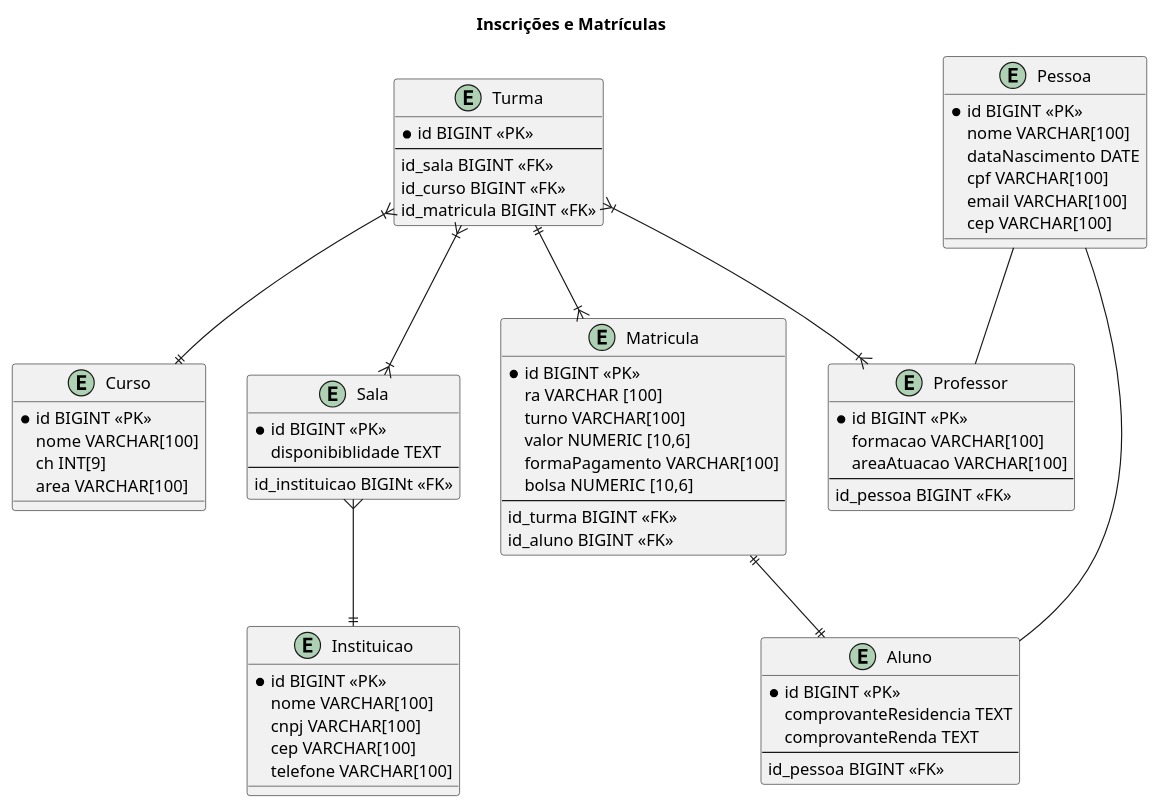
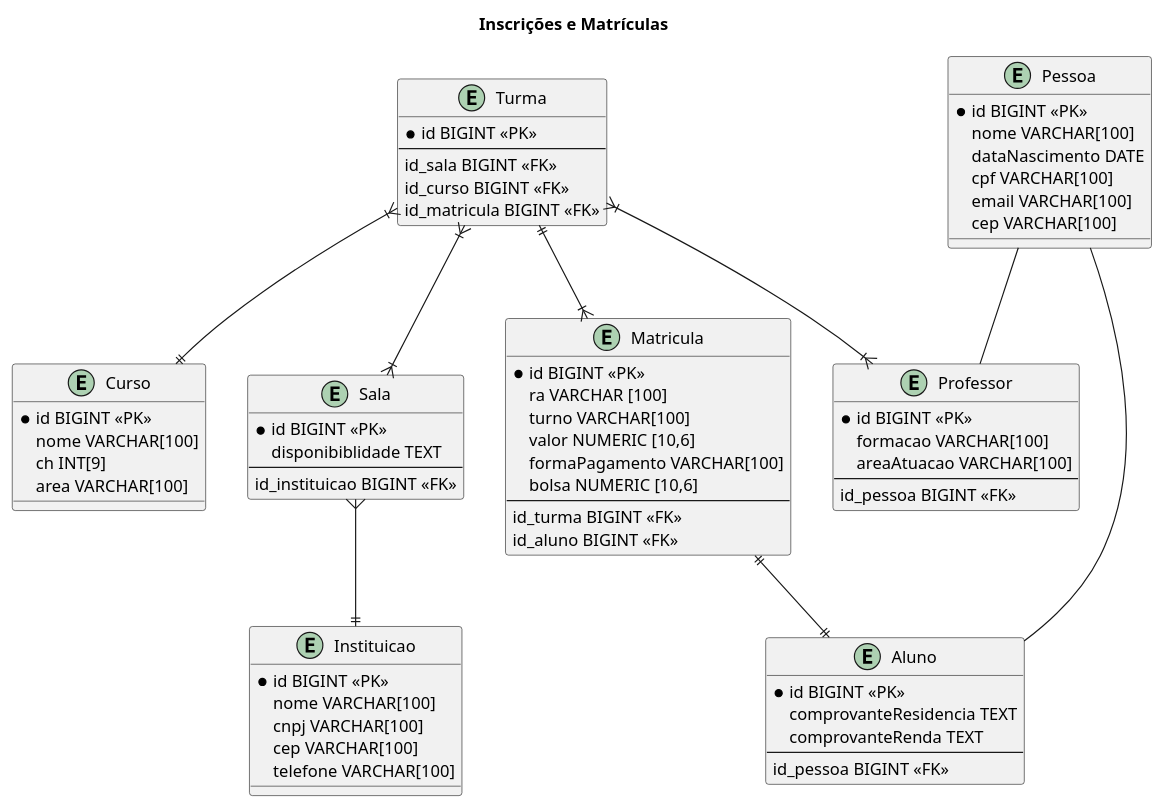
The diagram in Modelagem/inscriçãoMatrículas.wsd (galaticghost/guieq.klarrind), drawn with PlantUML before and after one commit. The commit also changed 8 other files, not shown here.

```diff
--- a/Modelagem/inscriçãoMatrículas.wsd
+++ b/Modelagem/inscriçãoMatrículas.wsd
@@ -1,80 +1,80 @@
 @startuml Inscrições e Matriculas
 
 title Inscrições e Matrículas
 
 entity Turma{
     * id BIGINT <<PK>>
     --
     id_sala BIGINT <<FK>>
     id_curso BIGINT <<FK>>
     id_matricula BIGINT <<FK>>
 }
 
 entity Curso{
     * id BIGINT <<PK>>
     nome VARCHAR[100]
     ch INT[9]
     area VARCHAR[100]
 }
 
 entity Instituicao {
     * id BIGINT <<PK>>
     nome VARCHAR[100]
     cnpj VARCHAR[100]
     cep VARCHAR[100]
     telefone VARCHAR[100]
 }
 
 entity Sala {
     * id BIGINT <<PK>>
     disponibiblidade TEXT
     --
-    id_instituicao BIGINt <<FK>>
+    id_instituicao BIGINT <<FK>>
 }
 
 entity Matricula{
     * id BIGINT <<PK>>
     ra VARCHAR [100]
     turno VARCHAR[100]
     valor NUMERIC [10,6]
     formaPagamento VARCHAR[100]
     bolsa NUMERIC [10,6]
     --
     id_turma BIGINT <<FK>>
     id_aluno BIGINT <<FK>>
 }
 
 entity Professor{
     * id BIGINT <<PK>>
     formacao VARCHAR[100]
     areaAtuacao VARCHAR[100]
     --
     id_pessoa BIGINT <<FK>>
 }
 
 entity Aluno{
     * id BIGINT <<PK>>
     comprovanteResidencia TEXT
     comprovanteRenda TEXT
     --
     id_pessoa BIGINT <<FK>>
 }
 
 entity Pessoa{
     * id BIGINT <<PK>>
     nome VARCHAR[100]
     dataNascimento DATE
     cpf VARCHAR[100]
     email VARCHAR[100]
     cep VARCHAR[100]
 }
 
 Pessoa -- Aluno
 Pessoa -- Professor
 Matricula ||--|| Aluno
 Sala }--|| Instituicao
 Turma }|--|{ Professor
 Turma }|--|| Curso
 Turma ||--|{ Matricula
 Turma }|--|{ Sala
 @enduml
```
